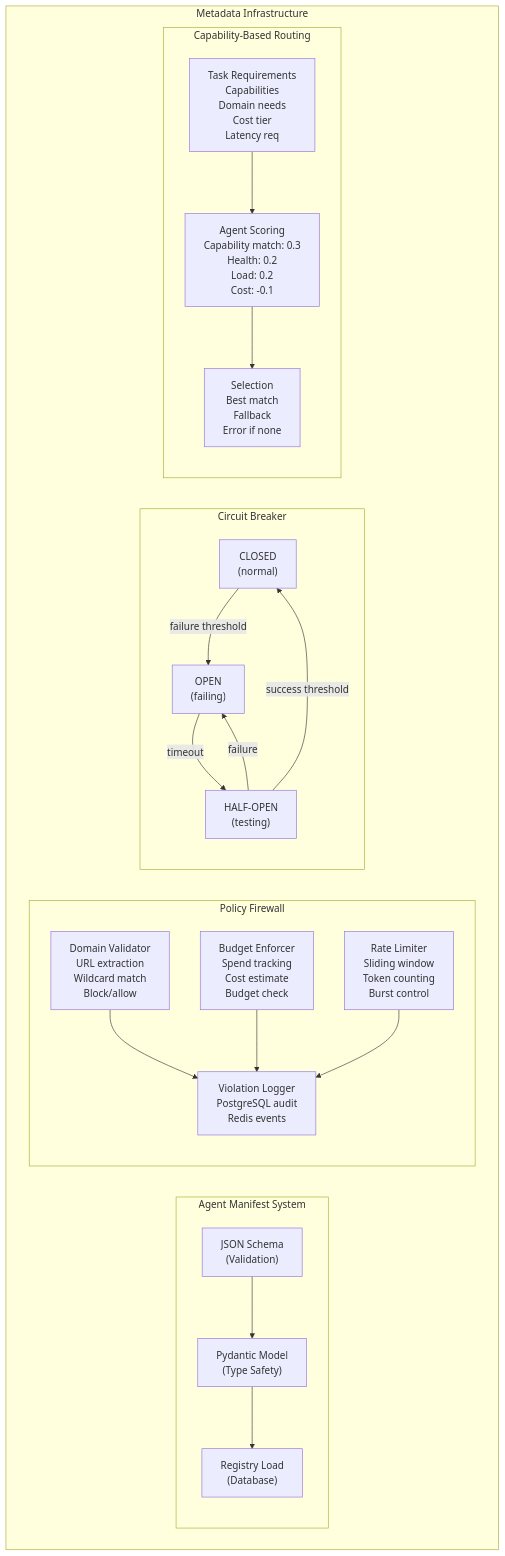
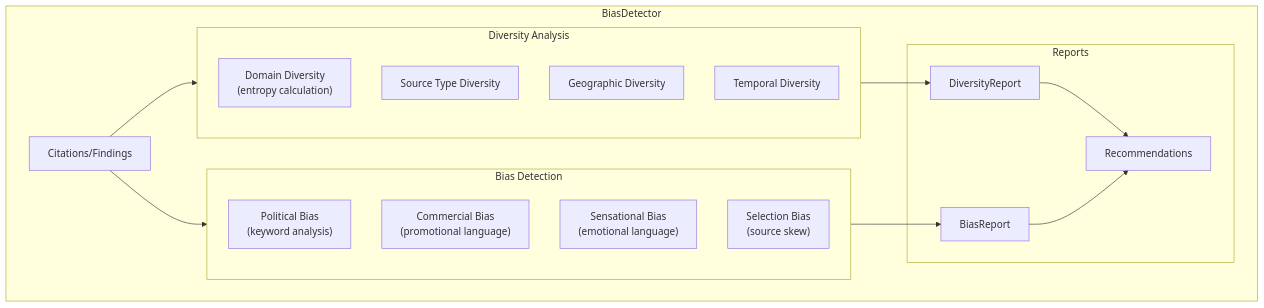
Before and after one commit to satyamaix/DeepResearchX: diagram 13 of 29 in docs/ARCHITECTURE.md, drawn with Mermaid. The commit also changed other lines of this file and 2 other files, not shown here.

````diff
--- a/docs/ARCHITECTURE.md
+++ b/docs/ARCHITECTURE.md
@@ -346,42 +591,32 @@
 ```mermaid
 flowchart TB
-    subgraph MetadataInfra["Metadata Infrastructure"]
-        subgraph ManifestSystem["Agent Manifest System"]
-            JSONSchema["JSON Schema<br/>(Validation)"]
-            PydanticModel["Pydantic Model<br/>(Type Safety)"]
-            RegistryLoad["Registry Load<br/>(Database)"]
+    subgraph BiasDetector["BiasDetector"]
+        Input["Citations/Findings"]
 
-            JSONSchema --> PydanticModel --> RegistryLoad
+        subgraph DiversityAnalysis["Diversity Analysis"]
+            DomainDiv["Domain Diversity<br/>(entropy calculation)"]
+            TypeDiv["Source Type Diversity"]
+            GeoDiv["Geographic Diversity"]
+            TempDiv["Temporal Diversity"]
         end
 
-        subgraph PolicyFirewall["Policy Firewall"]
-            DomainValidator["Domain Validator<br/>URL extraction<br/>Wildcard match<br/>Block/allow"]
-            BudgetEnforcer["Budget Enforcer<br/>Spend tracking<br/>Cost estimate<br/>Budget check"]
-            RateLimiter["Rate Limiter<br/>Sliding window<br/>Token counting<br/>Burst control"]
-            ViolationLogger["Violation Logger<br/>PostgreSQL audit<br/>Redis events"]
-
-            DomainValidator --> ViolationLogger
-            BudgetEnforcer --> ViolationLogger
-            RateLimiter --> ViolationLogger
+        subgraph BiasIndicators["Bias Detection"]
+            Political["Political Bias<br/>(keyword analysis)"]
+            Commercial["Commercial Bias<br/>(promotional language)"]
+            Sensational["Sensational Bias<br/>(emotional language)"]
+            Selective["Selection Bias<br/>(source skew)"]
         end
 
-        subgraph CircuitBreaker["Circuit Breaker"]
-            CLOSED["CLOSED<br/>(normal)"]
-            OPEN["OPEN<br/>(failing)"]
-            HALF_OPEN["HALF-OPEN<br/>(testing)"]
-
-            CLOSED -->|"failure threshold"| OPEN
-            OPEN -->|"timeout"| HALF_OPEN
-            HALF_OPEN -->|"success threshold"| CLOSED
-            HALF_OPEN -->|"failure"| OPEN
+        subgraph Output["Reports"]
+            DivReport["DiversityReport"]
+            BiasReport["BiasReport"]
+            Recommendations["Recommendations"]
         end
 
-        subgraph CapabilityRouting["Capability-Based Routing"]
-            TaskReqs["Task Requirements<br/>Capabilities<br/>Domain needs<br/>Cost tier<br/>Latency req"]
-            AgentScoring["Agent Scoring<br/>Capability match: 0.3<br/>Health: 0.2<br/>Load: 0.2<br/>Cost: -0.1"]
-            Selection["Selection<br/>Best match<br/>Fallback<br/>Error if none"]
-
-            TaskReqs --> AgentScoring --> Selection
-        end
+        Input --> DiversityAnalysis
+        Input --> BiasIndicators
+        DiversityAnalysis --> DivReport
+        BiasIndicators --> BiasReport
+        DivReport & BiasReport --> Recommendations
     end
 ```
````
